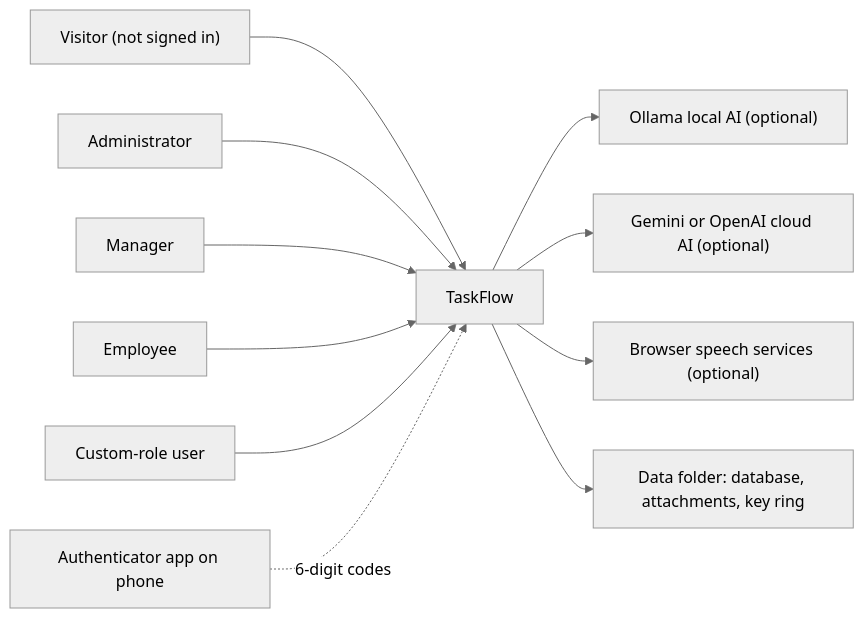
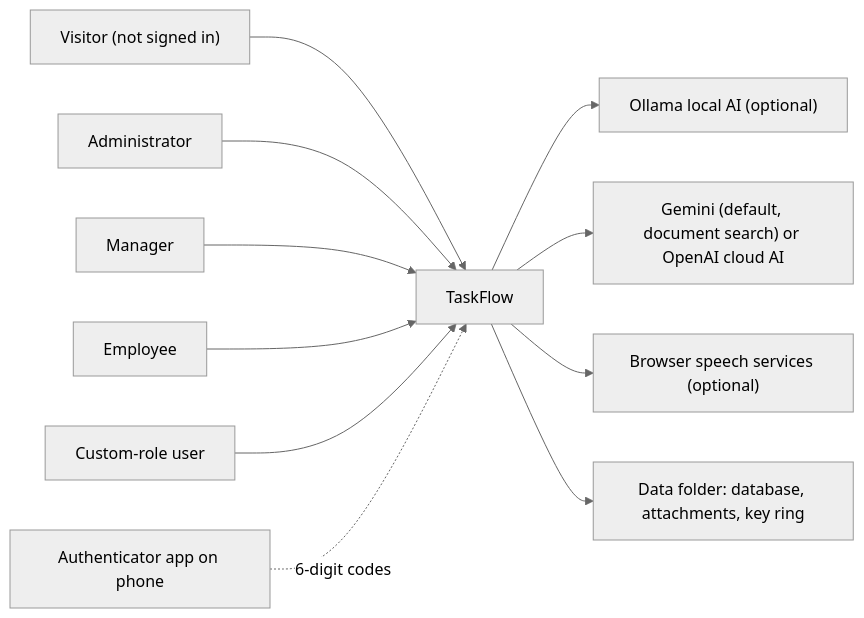
Before and after one commit to jojogeorge3344/TaskFlow-Project: the first of 15 diagrams in TF - Documents/TF - FRD/00-Overall/FRD-TaskFlow-Overall.md, drawn with Mermaid (neutral theme). The commit also changed other lines of this file and 65 other files, not shown here.

First line of the commit message:
feat(tfa): make Google Gemini the default chat provider and document embedding engine

````diff
--- a/TF - Documents/TF - FRD/00-Overall/FRD-TaskFlow-Overall.md
+++ b/TF - Documents/TF - FRD/00-Overall/FRD-TaskFlow-Overall.md
@@ -127,13 +127,13 @@
 ```mermaid
 flowchart LR
   V["Visitor (not signed in)"] --> S["TaskFlow"]
   A["Administrator"] --> S
   M["Manager"] --> S
   E["Employee"] --> S
   C["Custom-role user"] --> S
   P["Authenticator app on phone"] -. "6-digit codes" .-> S
   S --> O["Ollama local AI (optional)"]
-  S --> G["Gemini or OpenAI cloud AI (optional)"]
+  S --> G["Gemini (default, document search) or OpenAI cloud AI"]
   S --> B["Browser speech services (optional)"]
   S --> F["Data folder: database, attachments, key ring"]
 ```
````
